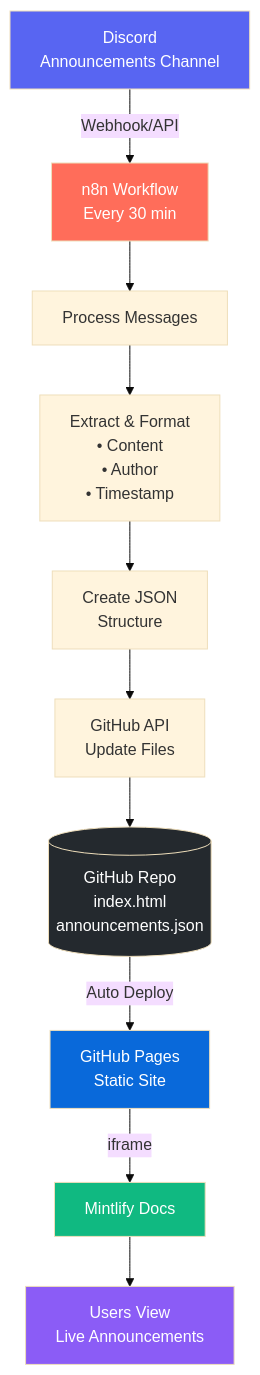
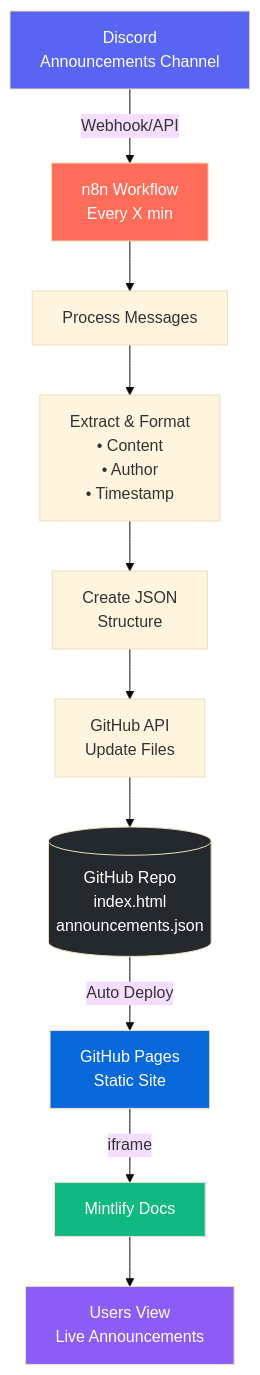
One commit to DeveloperAlly/livepeer-automations changed the diagram in discord/announcements/README.md. Above: the diagram before and after it, drawn with Mermaid (base theme). The commit also changed other lines of this file, not shown here.

````diff
--- a/discord/announcements/README.md
+++ b/discord/announcements/README.md
@@ -36,25 +36,25 @@
 ```mermaid
 graph TD
     A[Discord<br/>Announcements Channel] 
-    A -->|Webhook/API| B[n8n Workflow<br/>Every 30 min]
+    A -->|Webhook/API| B[n8n Workflow<br/>Every X min]
     
     B --> C[Process Messages]
     C --> D[Extract & Format<br/>• Content<br/>• Author<br/>• Timestamp]
     D --> E[Create JSON<br/>Structure]
     
     E --> F[GitHub API<br/>Update Files]
     F --> G[(GitHub Repo<br/>index.html<br/>announcements.json)]
     
     G -->|Auto Deploy| H[GitHub Pages<br/>Static Site]
     
     H -->|iframe| I[Mintlify Docs]
     
     I --> J[Users View<br/>Live Announcements]
     
     style A fill:#5865F2,color:#fff
     style B fill:#ff6d5a,color:#fff
     style G fill:#24292e,color:#fff
     style H fill:#0969da,color:#fff
     style I fill:#10b981,color:#fff
     style J fill:#8b5cf6,color:#fff
 ```
````
